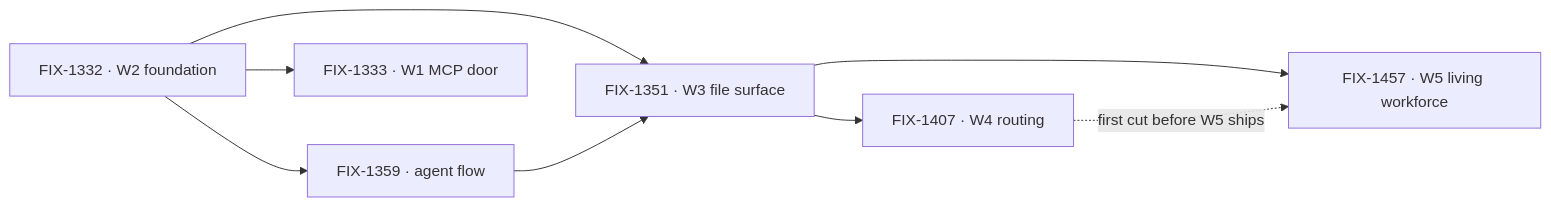
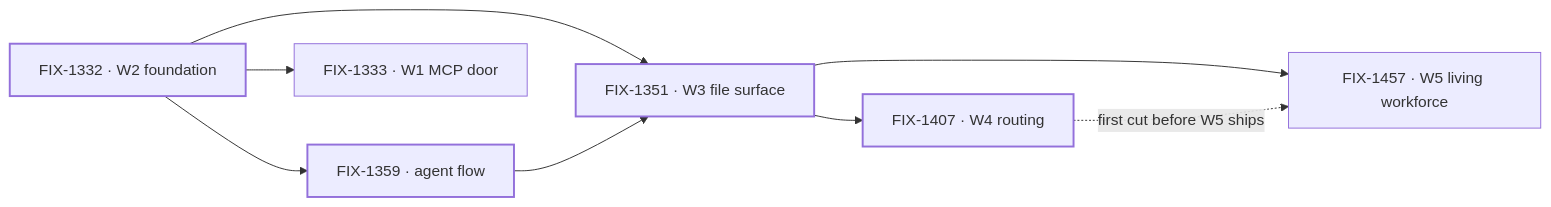
One commit to fixpoint-labs/flow-state-dev changed the diagram in spec/_projects/workforce-layer-2-abstraction/SPEC.md. Above: the diagram before and after it, drawn with Mermaid. The commit also changed other lines of this file and 4 other files, not shown here.

````diff
--- a/spec/_projects/workforce-layer-2-abstraction/SPEC.md
+++ b/spec/_projects/workforce-layer-2-abstraction/SPEC.md
@@ -70,10 +76,12 @@
 ```mermaid
 flowchart LR
   W2["FIX-1332 · W2 foundation"] --> AF["FIX-1359 · agent flow"]
   W2 --> W3["FIX-1351 · W3 file surface"]
   AF --> W3
   W3 --> W4["FIX-1407 · W4 routing"]
   W3 --> W5["FIX-1457 · W5 living workforce"]
   W4 -.->|"first cut before W5 ships"| W5
   W2 --> W1["FIX-1333 · W1 MCP door"]
+  classDef done stroke-width:2px
+  class W2,AF,W3,W4 done
 ```
````
